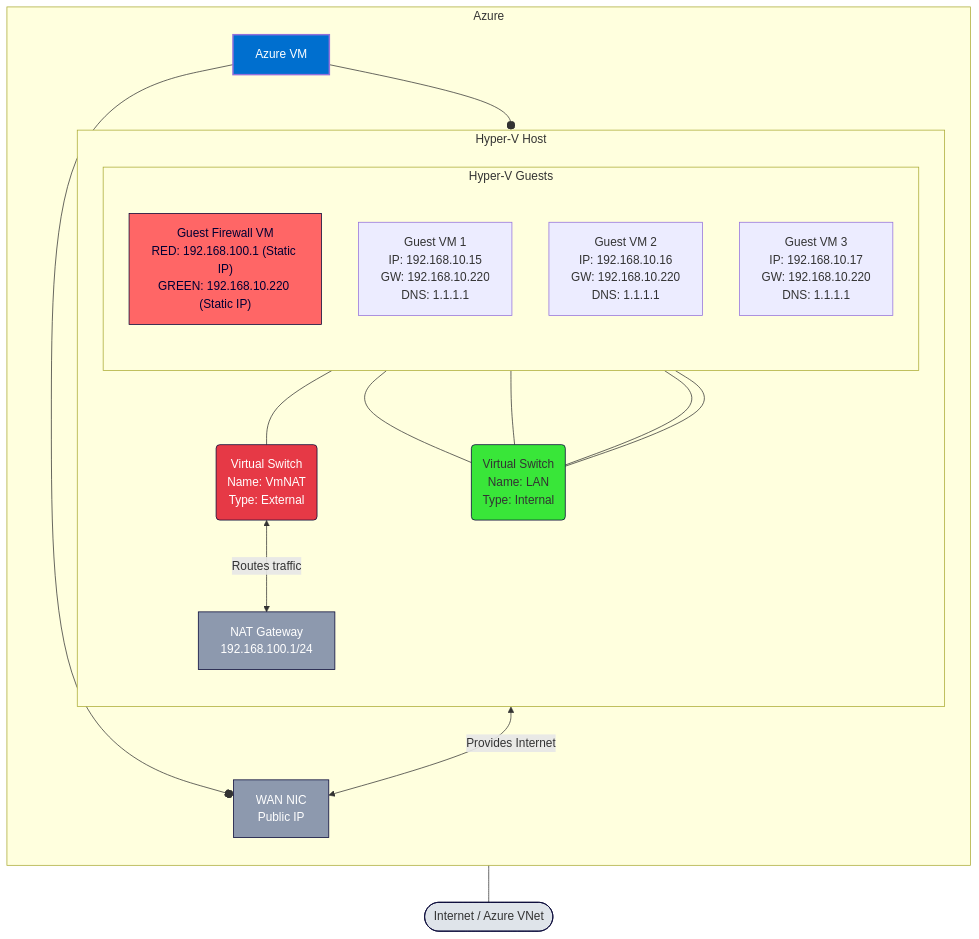
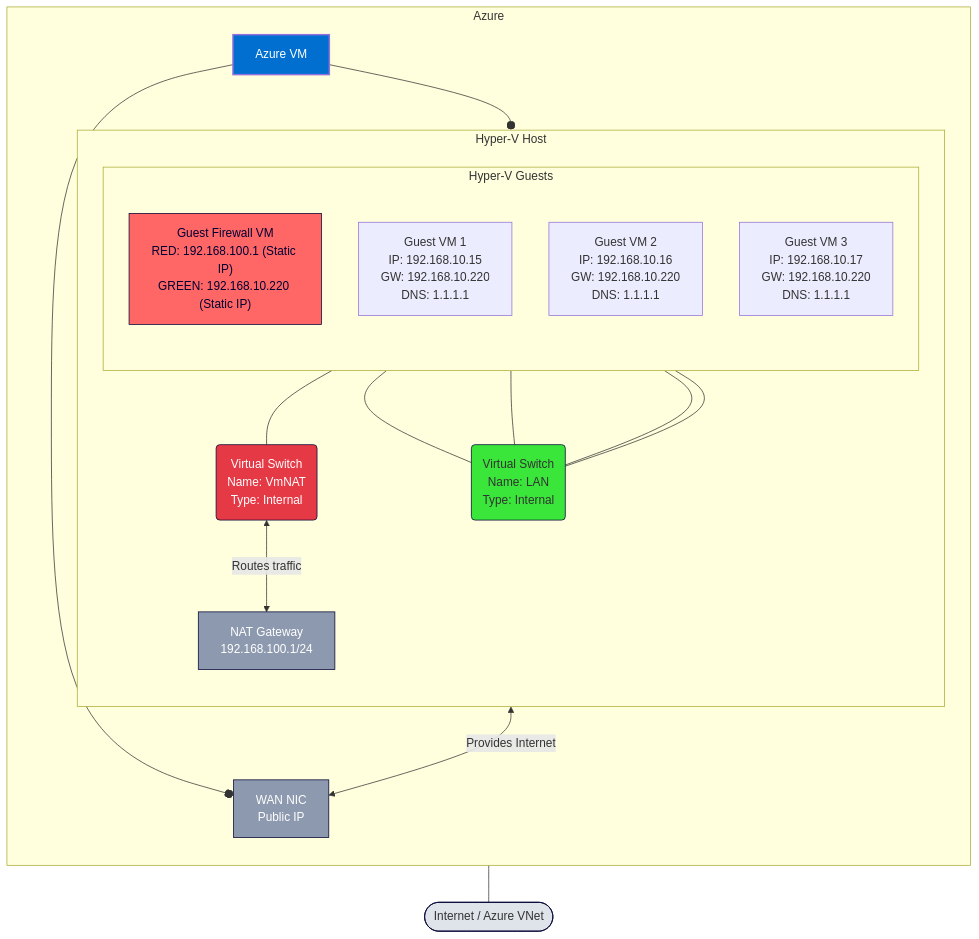
Before and after one commit to viscalyx/viscalyx.se: the diagram in content/blog/configure-nat-azure-vm-hyperv-host.md, drawn with Mermaid. The commit also changed other lines of this file, not shown here.

Commit message:
fix: update excerpt and switch type in Hyper-V NAT configuration guide

````diff
--- a/content/blog/configure-nat-azure-vm-hyperv-host.md
+++ b/content/blog/configure-nat-azure-vm-hyperv-host.md
@@ -26,53 +26,53 @@
 ```mermaid
 flowchart TD
     %% ───────────── Host layer ─────────────
     subgraph "Azure"
         direction TB
 
         VMHost[Azure VM]:::azurevm
 
         subgraph HyperVHost["Hyper-V Host"]
             direction TB
 
             %% ───────────── Guest layer ─────────────
             subgraph "Hyper‑V Guests"
                 direction TB
 
                 FW["Guest Firewall VM<br/>RED: 192.168.100.1 (Static IP)<br/>GREEN: 192.168.10.220 (Static IP)"]:::fw
                 VM1[Guest VM 1<br/>IP: 192.168.10.15<br/>GW: 192.168.10.220<br/>DNS: 1.1.1.1]
                 VM2[Guest VM 2<br/>IP: 192.168.10.16<br/>GW: 192.168.10.220<br/>DNS: 1.1.1.1]
                 VM3[Guest VM 3<br/>IP: 192.168.10.17<br/>GW: 192.168.10.220<br/>DNS: 1.1.1.1]
             end
 
-            vSwitchNAT(Virtual Switch<br/>Name: VmNAT<br/>Type: External):::vswitchRed
+            vSwitchNAT(Virtual Switch<br/>Name: VmNAT<br/>Type: Internal):::vswitchRed
             vSwitchLAN(Virtual Switch<br/>Name: LAN<br/>Type: Internal):::vswitchGreen
             NATNIC[NAT Gateway<br/>192.168.100.1/24]:::nat
         end
 
             WANNIC[WAN NIC<br/>Public IP]:::nat
     end
 
     Internet([Internet / Azure VNet]):::cloud
 
     VMHost --o HyperVHost
     VMHost --o WANNIC
 
     vSwitchNAT <-- "Routes traffic" --> NATNIC
     NATNIC <-- "Provides Internet" --> WANNIC
     WANNIC --- Internet
 
     %% Connections
     FW --- vSwitchNAT
     FW --- vSwitchLAN
     VM1 --- vSwitchLAN
     VM2 --- vSwitchLAN
     VM3 --- vSwitchLAN
 
     %% ---------------- Styling ----------------
     classDef azurevm   fill:#006FCF,color:#fff,stroke-width:2px;
     classDef vswitchRed fill:#e63946,color:#fff,stroke:#003,stroke-width:1px;
     classDef vswitchGreen fill:#39e639,stroke:#003,stroke-width:1px;
     classDef nat    fill:#8d99ae,color:#fff,stroke:#003,stroke-width:1px;
     classDef fw     fill:#ff6666,color:#003,stroke:#003,stroke-width:1px;
     classDef cloud  fill:#dfe4ea,stroke:#003,stroke-width:1px;
 ```
````
